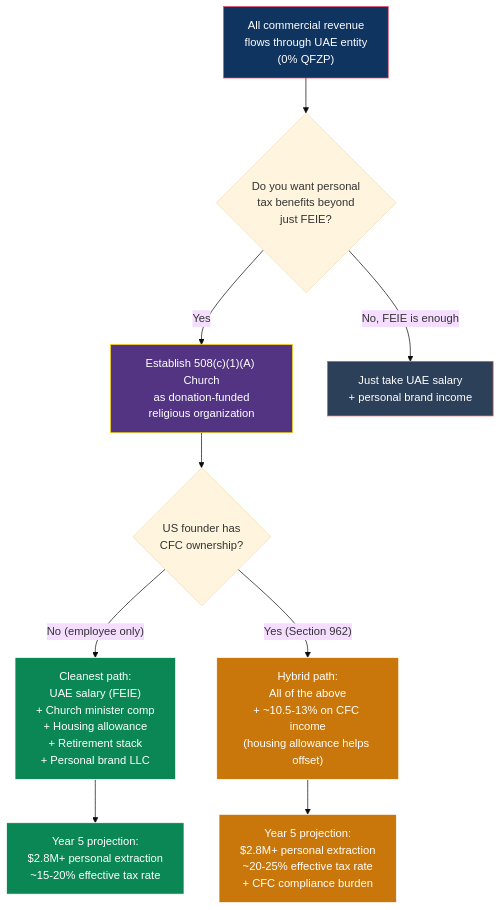
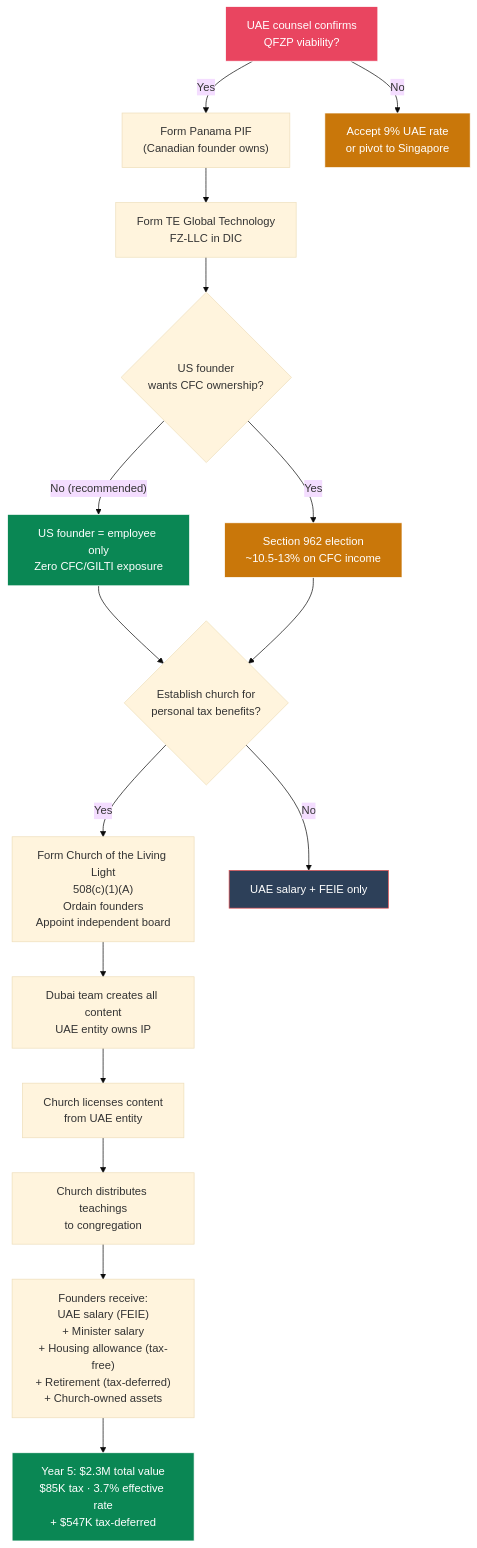
One commit to Light-Brands/epic-center changed the fourth of 4 diagrams in docs/strategy/US_508C1A_REVISED_DONATION_MODEL.md. Above: the diagram before and after it, drawn with Mermaid (base theme). The commit also changed other lines of this file, not shown here.

````diff
--- a/docs/strategy/US_508C1A_REVISED_DONATION_MODEL.md
+++ b/docs/strategy/US_508C1A_REVISED_DONATION_MODEL.md
@@ -431,23 +573,34 @@
 ```mermaid
 flowchart TD
-    START["All commercial revenue<br/>flows through UAE entity<br/>(0% QFZP)"] --> Q1{"Do you want personal<br/>tax benefits beyond<br/>just FEIE?"}
+    START["UAE counsel confirms<br/>QFZP viability?"] -->|"Yes"| PIF["Form Panama PIF<br/>(Canadian founder owns)"]
+    START -->|"No"| FALLBACK["Accept 9% UAE rate<br/>or pivot to Singapore"]
 
-    Q1 -->|"Yes"| CHURCH["Establish 508(c)(1)(A) Church<br/>as donation-funded<br/>religious organization"]
-    Q1 -->|"No, FEIE is enough"| SIMPLE["Just take UAE salary<br/>+ personal brand income"]
+    PIF --> UAE_FORM["Form TE Global Technology<br/>FZ-LLC in DIC"]
+    UAE_FORM --> CFC{"US founder<br/>wants CFC ownership?"}
 
-    CHURCH --> Q2{"US founder has<br/>CFC ownership?"}
+    CFC -->|"No (recommended)"| NO_OWN["US founder = employee only<br/>Zero CFC/GILTI exposure"]
+    CFC -->|"Yes"| OWN["Section 962 election<br/>~10.5-13% on CFC income"]
 
-    Q2 -->|"No (employee only)"| CLEAN["Cleanest path:<br/>UAE salary (FEIE)<br/>+ Church minister comp<br/>+ Housing allowance<br/>+ Retirement stack<br/>+ Personal brand LLC"]
-    Q2 -->|"Yes (Section 962)"| HYBRID["Hybrid path:<br/>All of the above<br/>+ ~10.5-13% on CFC income<br/>(housing allowance helps offset)"]
+    NO_OWN --> CHURCH_Q{"Establish church for<br/>personal tax benefits?"}
+    OWN --> CHURCH_Q
 
-    CLEAN --> RESULT_A["Year 5 projection:<br/>$2.8M+ personal extraction<br/>~15-20% effective tax rate"]
-    HYBRID --> RESULT_B["Year 5 projection:<br/>$2.8M+ personal extraction<br/>~20-25% effective tax rate<br/>+ CFC compliance burden"]
+    CHURCH_Q -->|"Yes"| CHURCH_FORM["Form Church of the Living Light<br/>508(c)(1)(A)<br/>Ordain founders<br/>Appoint independent board"]
+    CHURCH_Q -->|"No"| SIMPLE["UAE salary + FEIE only"]
 
-    style START fill:#0f3460,stroke:#e94560,color:#fff
-    style CHURCH fill:#533483,stroke:#ffd700,color:#fff
-    style CLEAN fill:#0a8754,stroke:#fff,color:#fff
-    style RESULT_A fill:#0a8754,stroke:#fff,color:#fff
-    style HYBRID fill:#c9770a,stroke:#fff,color:#fff
-    style RESULT_B fill:#c9770a,stroke:#fff,color:#fff
+    CHURCH_FORM --> CONTENT["Dubai team creates all content<br/>UAE entity owns IP"]
+
+    CONTENT --> LICENSE["Church licenses content<br/>from UAE entity"]
+
+    LICENSE --> DIST["Church distributes teachings<br/>to congregation"]
+
+    DIST --> COMP["Founders receive:<br/>UAE salary (FEIE)<br/>+ Minister salary<br/>+ Housing allowance (tax-free)<br/>+ Retirement (tax-deferred)<br/>+ Church-owned assets"]
+
+    COMP --> RESULT["Year 5: $2.3M total value<br/>$85K tax · 3.7% effective rate<br/>+ $547K tax-deferred"]
+
+    style START fill:#e94560,stroke:#fff,color:#fff
+    style RESULT fill:#0a8754,stroke:#fff,color:#fff
+    style FALLBACK fill:#c9770a,stroke:#fff,color:#fff
     style SIMPLE fill:#2d4059,stroke:#ea5455,color:#fff
+    style NO_OWN fill:#0a8754,stroke:#fff,color:#fff
+    style OWN fill:#c9770a,stroke:#fff,color:#fff
 ```
````
